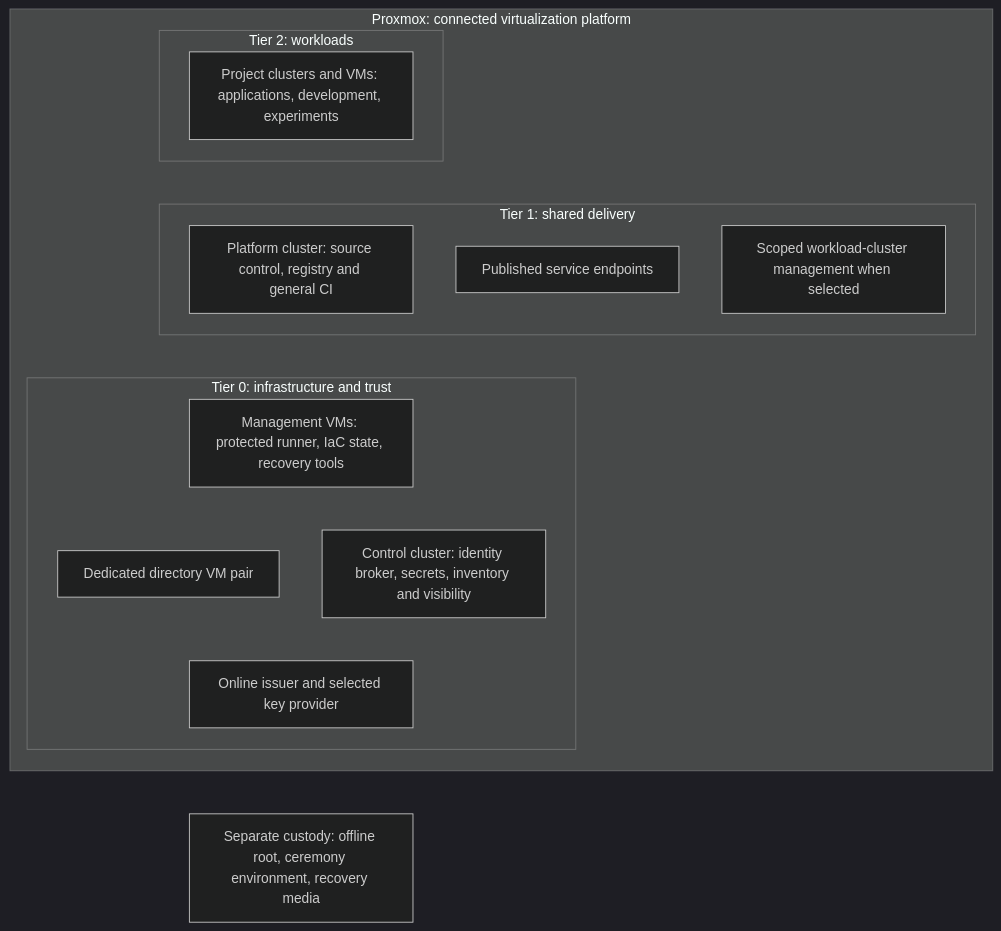
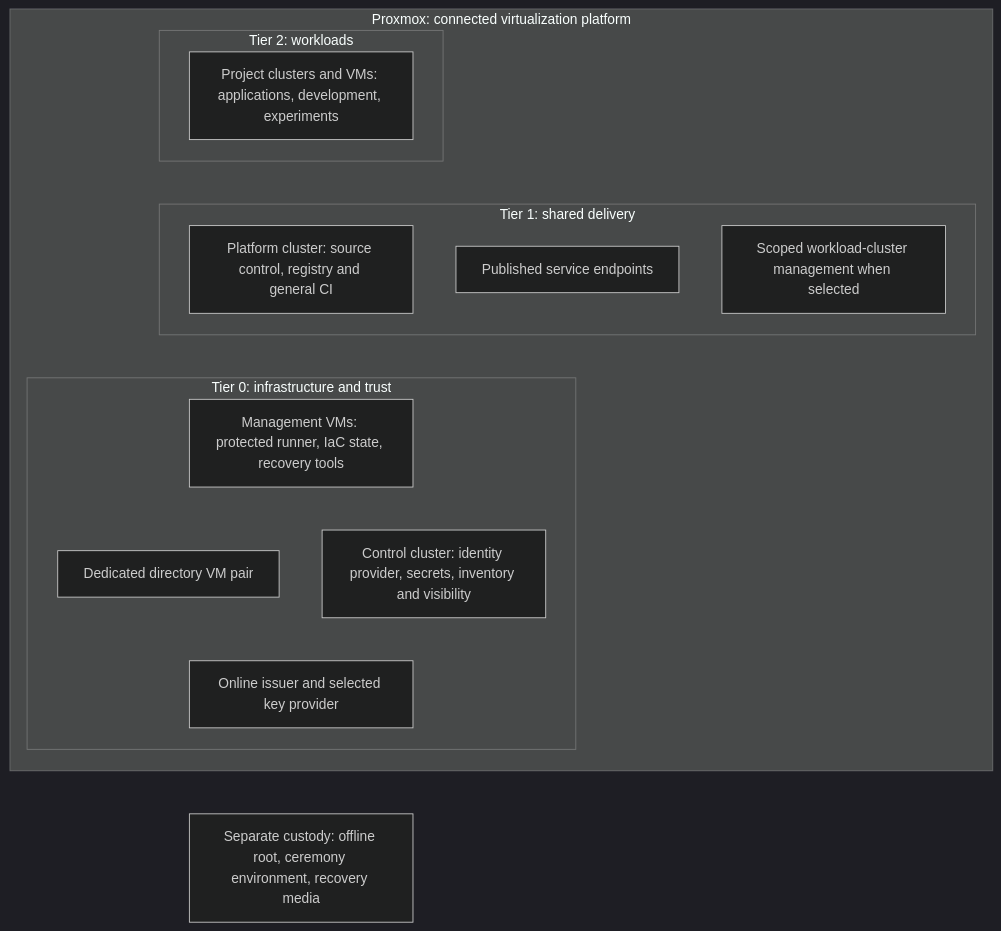
Before and after one commit to Rexus/homelab: the first of 2 diagrams in docs/architecture/reference-platform.md, drawn with Mermaid (dark theme). The commit also changed other lines of this file and 11 other files, not shown here.

Commit message:
docs(architecture): map capabilities by tier and layer

````diff
--- a/docs/architecture/reference-platform.md
+++ b/docs/architecture/reference-platform.md
@@ -36,26 +36,26 @@
 ```mermaid
 flowchart TB
   subgraph PVE["Proxmox: connected virtualization platform"]
     subgraph T2["Tier 2: workloads"]
       Workloads["Project clusters and VMs: applications, development, experiments"]
     end
     subgraph T1["Tier 1: shared delivery"]
       Delivery["Platform cluster: source control, registry and general CI"]
       Edge["Published service endpoints"]
       WorkloadManagement["Scoped workload-cluster management when selected"]
     end
     subgraph T0["Tier 0: infrastructure and trust"]
       M["Management VMs: protected runner, IaC state, recovery tools"]
       I["Dedicated directory VM pair"]
-      K["Control cluster: identity broker, secrets, inventory and visibility"]
+      K["Control cluster: identity provider, secrets, inventory and visibility"]
       C["Online issuer and selected key provider"]
       M ~~~ I
       M ~~~ K
       I ~~~ C
       K ~~~ C
     end
     Workloads ~~~ Delivery ~~~ M
   end
   Offline["Separate custody: offline root, ceremony environment, recovery media"]
   C ~~~ Offline
 ```
````
